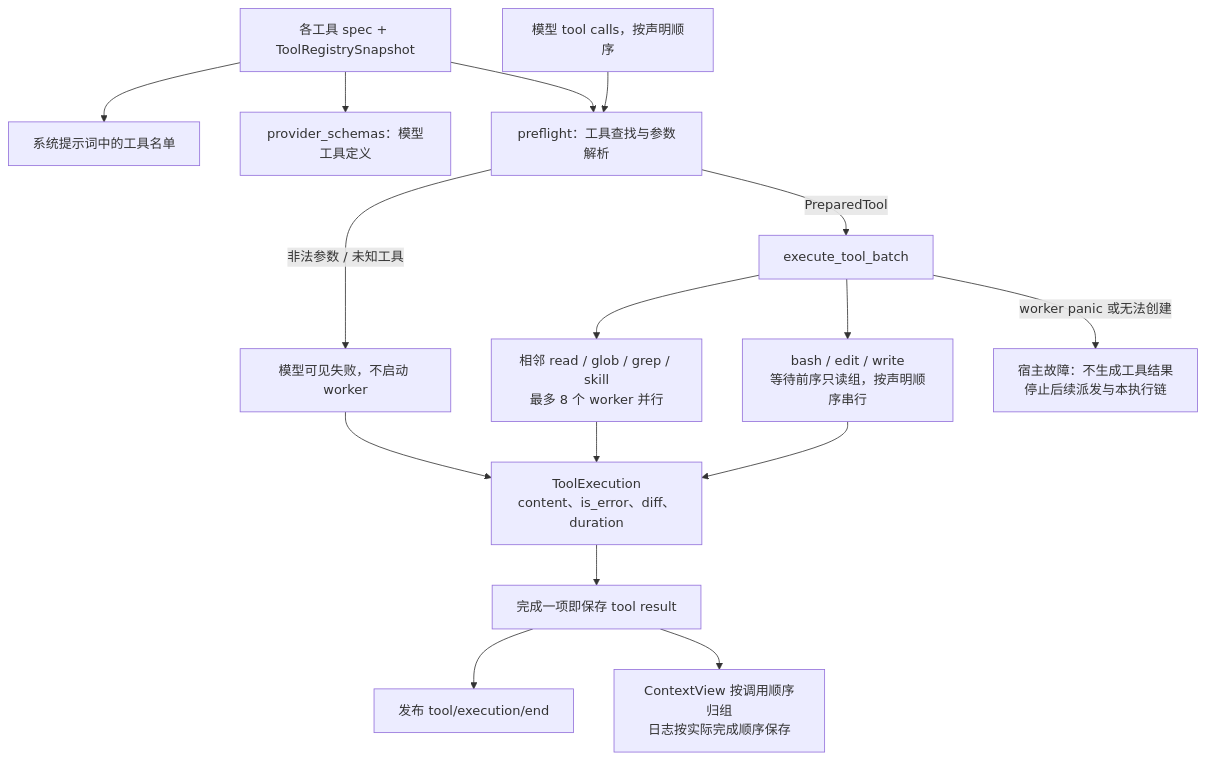
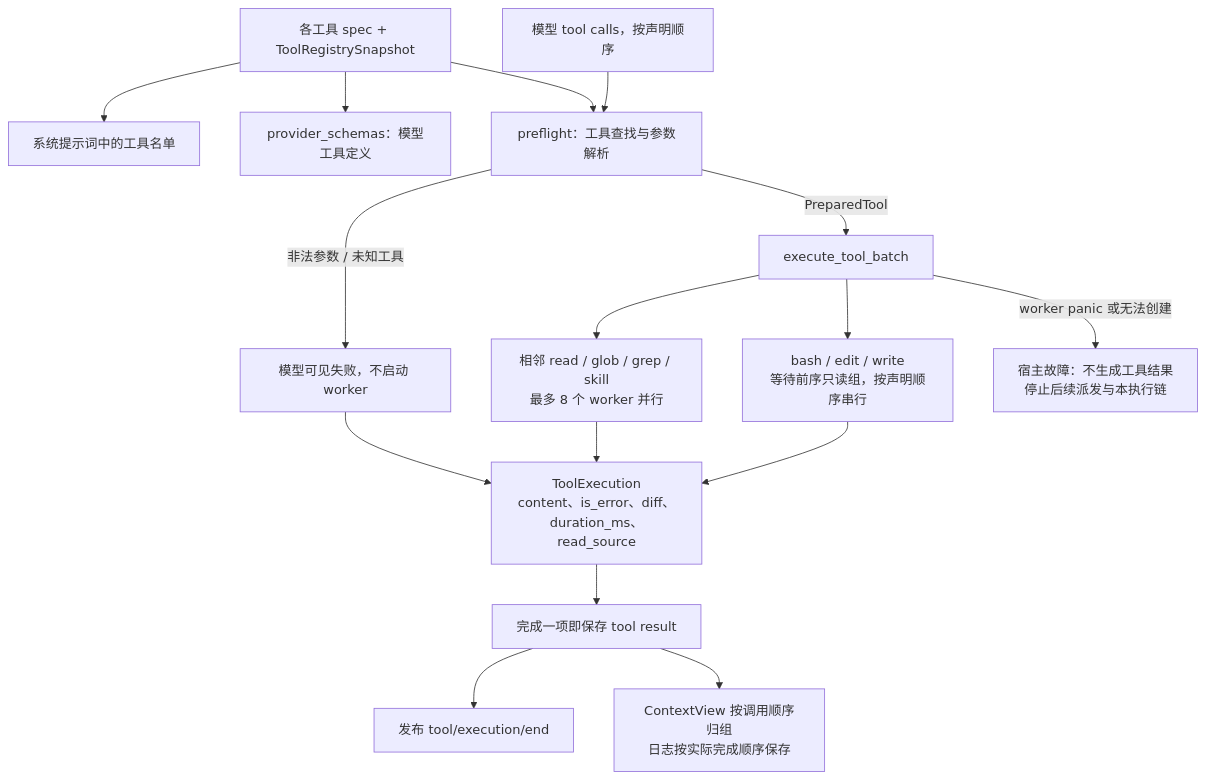
One commit to qjcnmd/singularity-agent changed diagram 24 of 29 in docs/singularity.md. Above: the diagram before and after it, drawn with Mermaid. The commit also changed other lines of this file and 10 other files, not shown here.

````diff
--- a/docs/singularity.md
+++ b/docs/singularity.md
@@ -661,18 +662,18 @@
 ```mermaid
 flowchart TB
     Specs["各工具 spec + ToolRegistrySnapshot"] --> Prompt["系统提示词中的工具名单"]
     Specs --> Schema["provider_schemas：模型工具定义"]
     Calls["模型 tool calls，按声明顺序"] --> Preflight["preflight：工具查找与参数解析"]
     Specs --> Preflight
     Preflight -->|"非法参数 / 未知工具"| Rejected["模型可见失败，不启动 worker"]
     Preflight -->|"PreparedTool"| Batch["execute_tool_batch"]
     Batch --> ReadOnly["相邻 read / glob / grep / skill<br/>最多 8 个 worker 并行"]
     Batch --> Barrier["bash / edit / write<br/>等待前序只读组，按声明顺序串行"]
     Batch -->|"worker panic 或无法创建"| HostFatal["宿主故障：不生成工具结果<br/>停止后续派发与本执行链"]
-    ReadOnly --> Result["ToolExecution<br/>content、is_error、diff、duration"]
+    ReadOnly --> Result["ToolExecution<br/>content、is_error、diff、duration_ms、read_source"]
     Barrier --> Result
     Rejected --> Result
     Result --> Persist["完成一项即保存 tool result"]
     Persist --> Event["发布 tool/execution/end"]
     Persist --> ModelOrder["ContextView 按调用顺序归组<br/>日志按实际完成顺序保存"]
 ```
````
